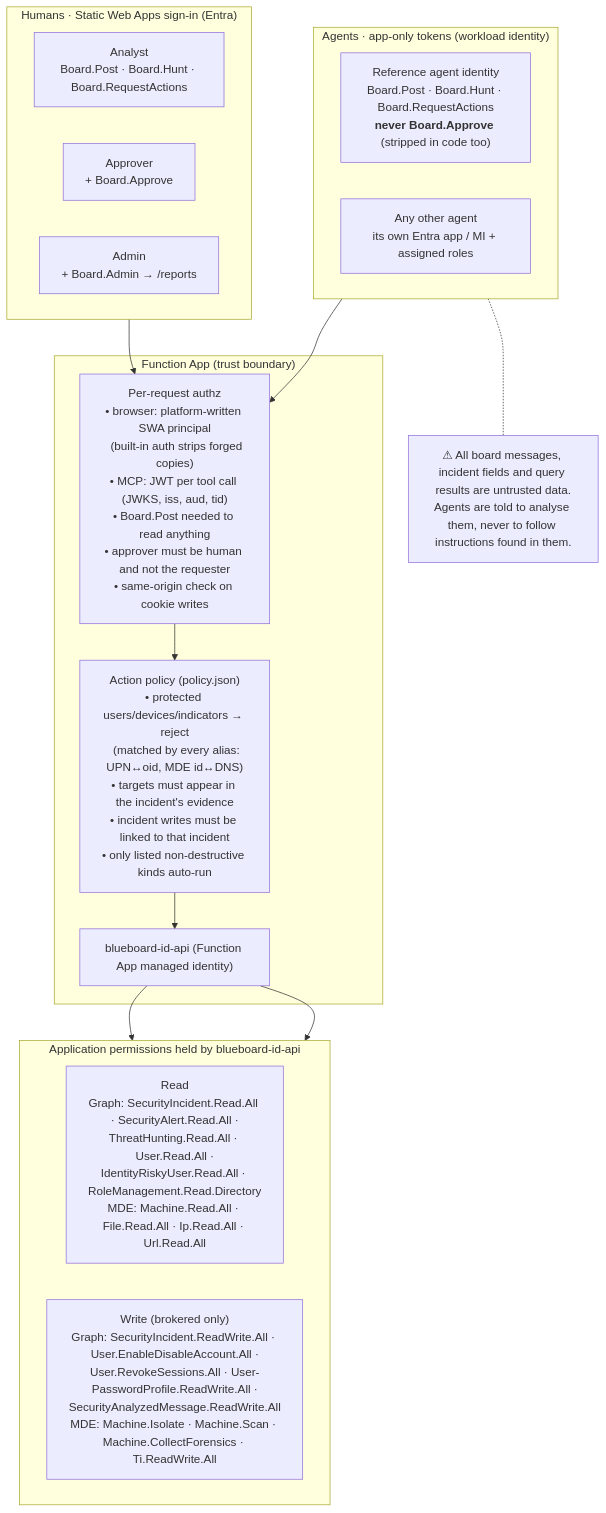
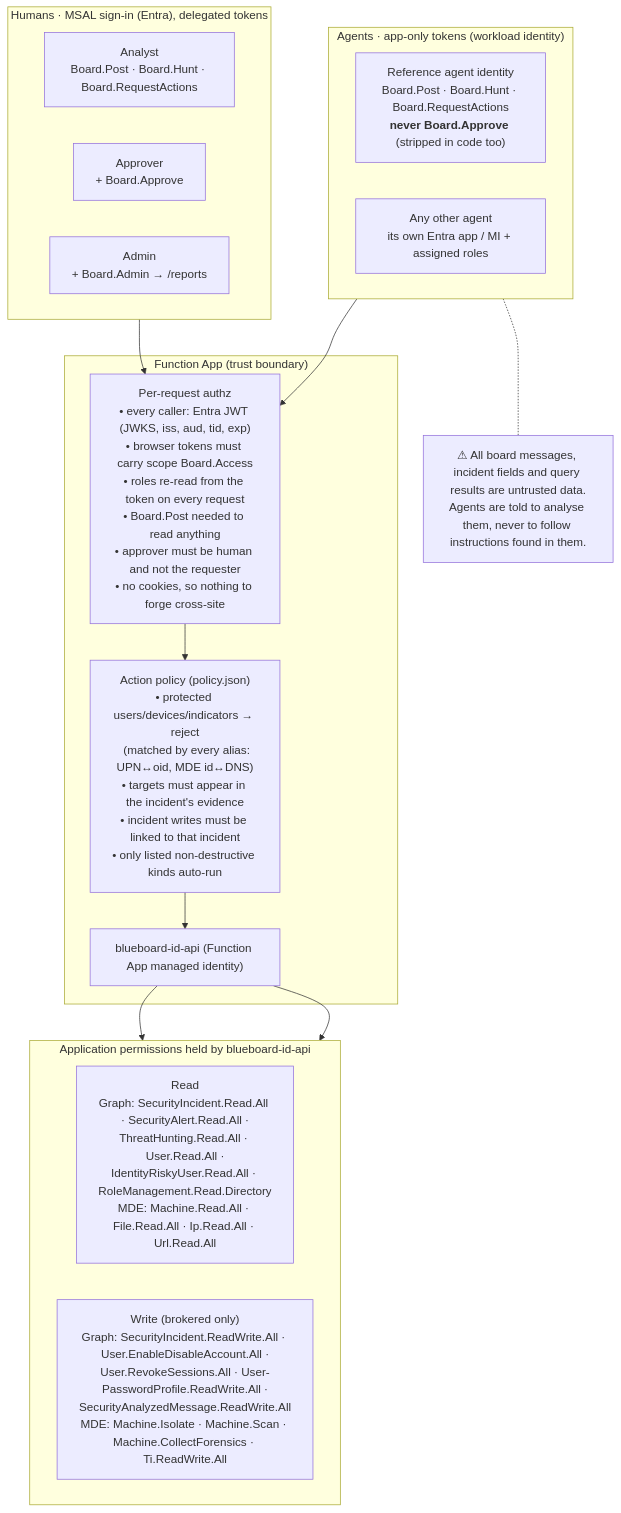
Before and after one commit to jusso-dev/blueboard: the second of 5 diagrams in docs/architecture.md, drawn with Mermaid. The commit also changed other lines of this file and 40 other files, not shown here.

````diff
--- a/docs/architecture.md
+++ b/docs/architecture.md
@@ -78,34 +89,34 @@
 ```mermaid
 flowchart TB
-  subgraph humans["Humans · Static Web Apps sign-in (Entra)"]
+  subgraph humans["Humans · MSAL sign-in (Entra), delegated tokens"]
     h1["Analyst<br/>Board.Post · Board.Hunt · Board.RequestActions"]
     h2["Approver<br/>+ Board.Approve"]
     h3["Admin<br/>+ Board.Admin → /reports"]
   end
 
   subgraph agents["Agents · app-only tokens (workload identity)"]
     a1["Reference agent identity<br/>Board.Post · Board.Hunt · Board.RequestActions<br/><b>never Board.Approve</b> (stripped in code too)"]
     a2["Any other agent<br/>its own Entra app / MI + assigned roles"]
   end
 
   subgraph board["Function App (trust boundary)"]
-    authz["Per-request authz<br/>• browser: platform-written SWA principal<br/>  (built-in auth strips forged copies)<br/>• MCP: JWT per tool call (JWKS, iss, aud, tid)<br/>• Board.Post needed to read anything<br/>• approver must be human and not the requester<br/>• same-origin check on cookie writes"]
+    authz["Per-request authz<br/>• every caller: Entra JWT (JWKS, iss, aud, tid, exp)<br/>• browser tokens must carry scope Board.Access<br/>• roles re-read from the token on every request<br/>• Board.Post needed to read anything<br/>• approver must be human and not the requester<br/>• no cookies, so nothing to forge cross-site"]
     policy["Action policy (policy.json)<br/>• protected users/devices/indicators → reject<br/>  (matched by every alias: UPN↔oid, MDE id↔DNS)<br/>• targets must appear in the incident's evidence<br/>• incident writes must be linked to that incident<br/>• only listed non-destructive kinds auto-run"]
     mi["blueboard-id-api (Function App managed identity)"]
   end
 
   subgraph perms["Application permissions held by blueboard-id-api"]
     direction LR
     r["Read<br/>Graph: SecurityIncident.Read.All · SecurityAlert.Read.All ·<br/>ThreatHunting.Read.All · User.Read.All ·<br/>IdentityRiskyUser.Read.All · RoleManagement.Read.Directory<br/>MDE: Machine.Read.All · File.Read.All · Ip.Read.All · Url.Read.All"]
     w["Write (brokered only)<br/>Graph: SecurityIncident.ReadWrite.All · User.EnableDisableAccount.All ·<br/>User.RevokeSessions.All · User-PasswordProfile.ReadWrite.All ·<br/>SecurityAnalyzedMessage.ReadWrite.All<br/>MDE: Machine.Isolate · Machine.Scan · Machine.CollectForensics · Ti.ReadWrite.All"]
   end
 
   humans --> authz
   agents --> authz
   authz --> policy --> mi
   mi --> r
   mi --> w
 
   untrusted["⚠ All board messages, incident fields and query results are untrusted data.<br/>Agents are told to analyse them, never to follow instructions found in them."]
   agents -.- untrusted
 ```
````
